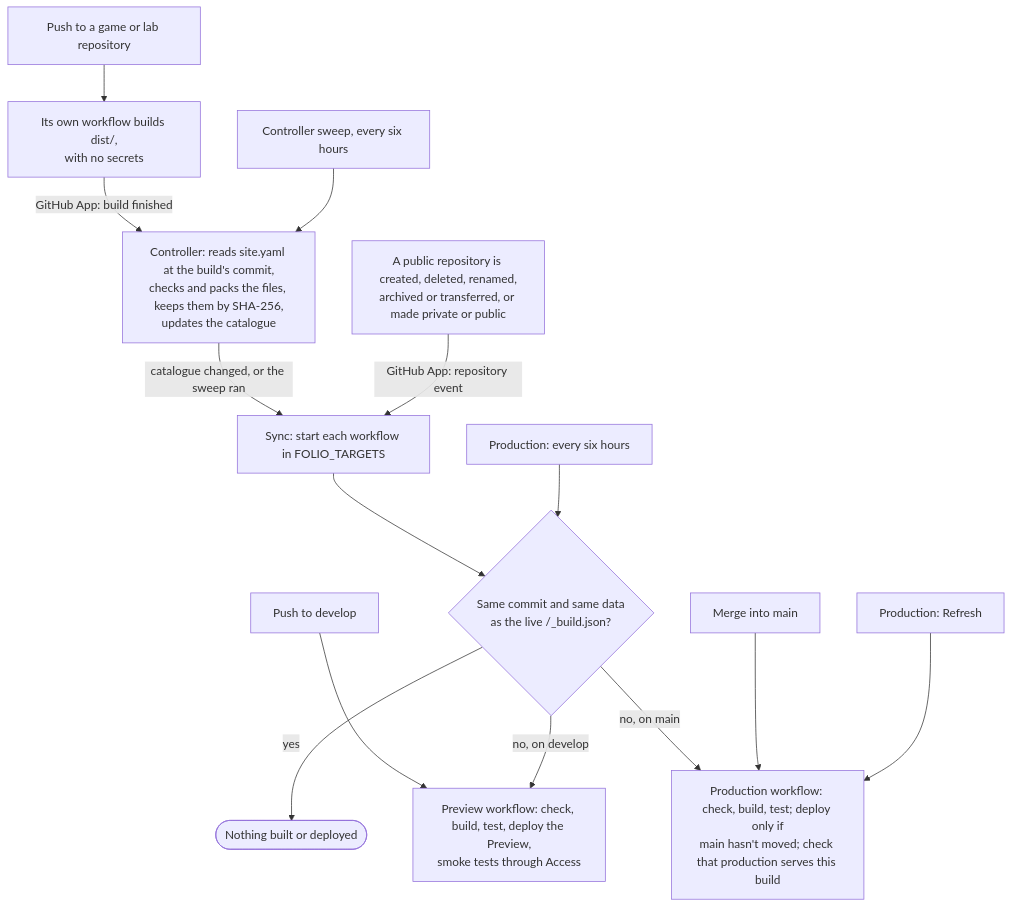
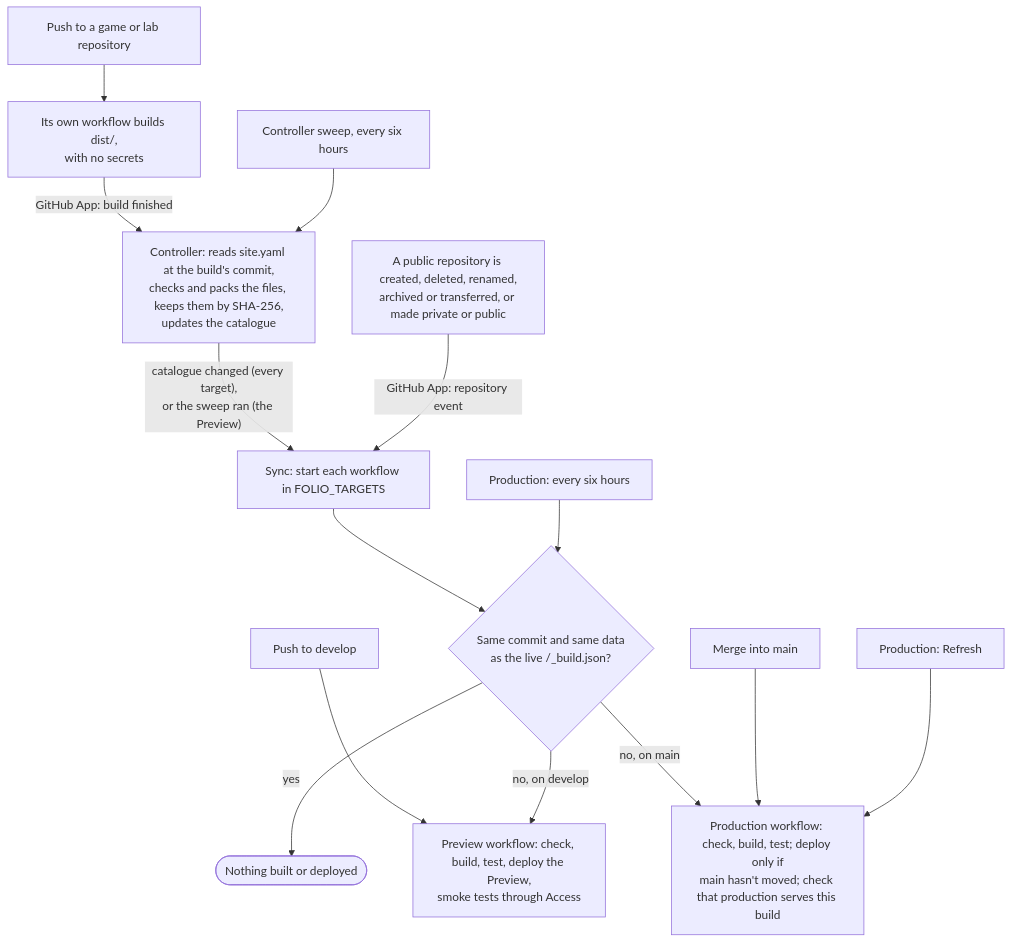
One commit to Contraill/Folio changed the third of 3 diagrams in docs/architecture.md. Above: the diagram before and after it, drawn with Mermaid. The commit also changed other lines of this file and 2 other files, not shown here.

First line of the commit message:
docs: the catalogue's read token, per-Worker deploy tokens, the sweep

````diff
--- a/docs/architecture.md
+++ b/docs/architecture.md
@@ -127,20 +127,20 @@
 ```mermaid
 flowchart TD
   appPush["Push to a game or lab repository"] --> appBuild["Its own workflow builds dist/,<br/>with no secrets"]
   appBuild -- "GitHub App: build finished" --> ctrl["Controller: reads site.yaml at the build's commit,<br/>checks and packs the files, keeps them by SHA-256,<br/>updates the catalogue"]
   sweep["Controller sweep, every six hours"] --> ctrl
-  ctrl -- "catalogue changed, or the sweep ran" --> sync
+  ctrl -- "catalogue changed (every target),<br/>or the sweep ran (the Preview)" --> sync
   repoEvent["A public repository is created, deleted, renamed,<br/>archived or transferred, or made private or public"] -- "GitHub App: repository event" --> sync
   sync["Sync: start each workflow in FOLIO_TARGETS"]
   push["Push to develop"] --> previewRun
   sync --> changed
   schedule["Production: every six hours"] --> changed
   changed{"Same commit and same data<br/>as the live /_build.json?"}
   changed -- "yes" --> skip(["Nothing built or deployed"])
   changed -- "no, on develop" --> previewRun
   changed -- "no, on main" --> prodRun
   merge["Merge into main"] --> prodRun
   refresh["Production: Refresh"] --> prodRun
   previewRun["Preview workflow: check, build, test, deploy the Preview,<br/>smoke tests through Access"]
   prodRun["Production workflow: check, build, test; deploy only if<br/>main hasn't moved; check that production serves this build"]
 ```
````
